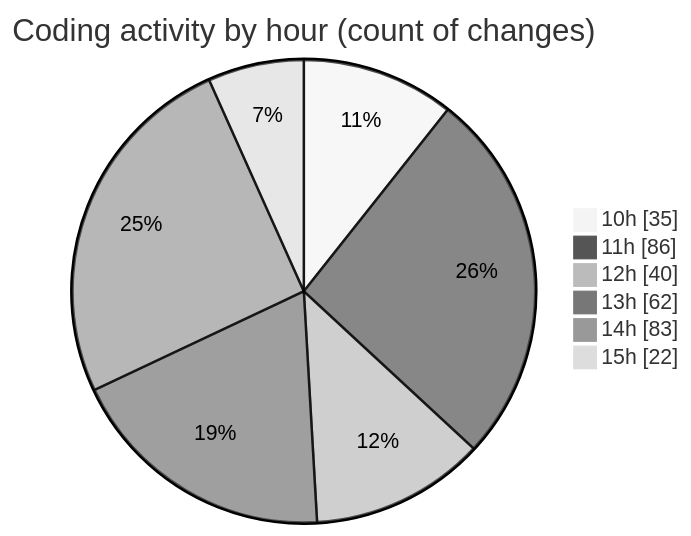
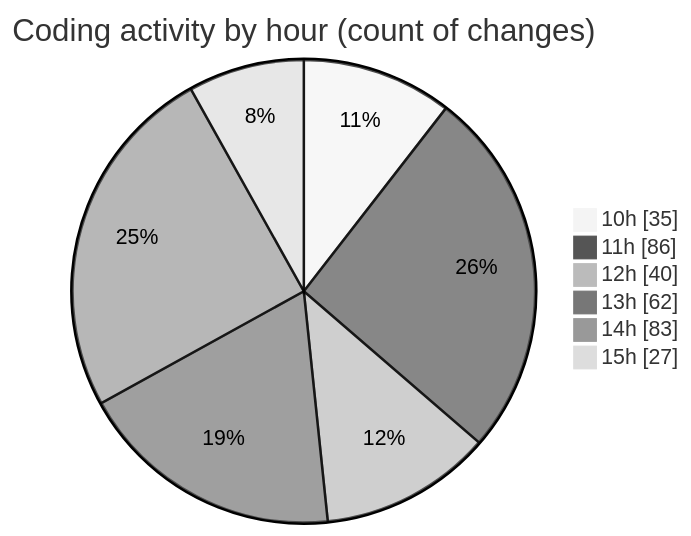
The second of 2 diagrams in 2025-03-28/cda/README.md (momahboobian/code-tracking), drawn with Mermaid (neutral theme) before and after one commit. The commit also changed other lines of this file and 1 other file, not shown here.

````diff
--- a/2025-03-28/cda/README.md
+++ b/2025-03-28/cda/README.md
@@ -37,10 +37,10 @@
 ```mermaid
 pie showData
 title Coding activity by hour (count of changes)
 "10h" : 35
 "11h" : 86
 "12h" : 40
 "13h" : 62
 "14h" : 83
-"15h" : 22
+"15h" : 27
 ```
````
